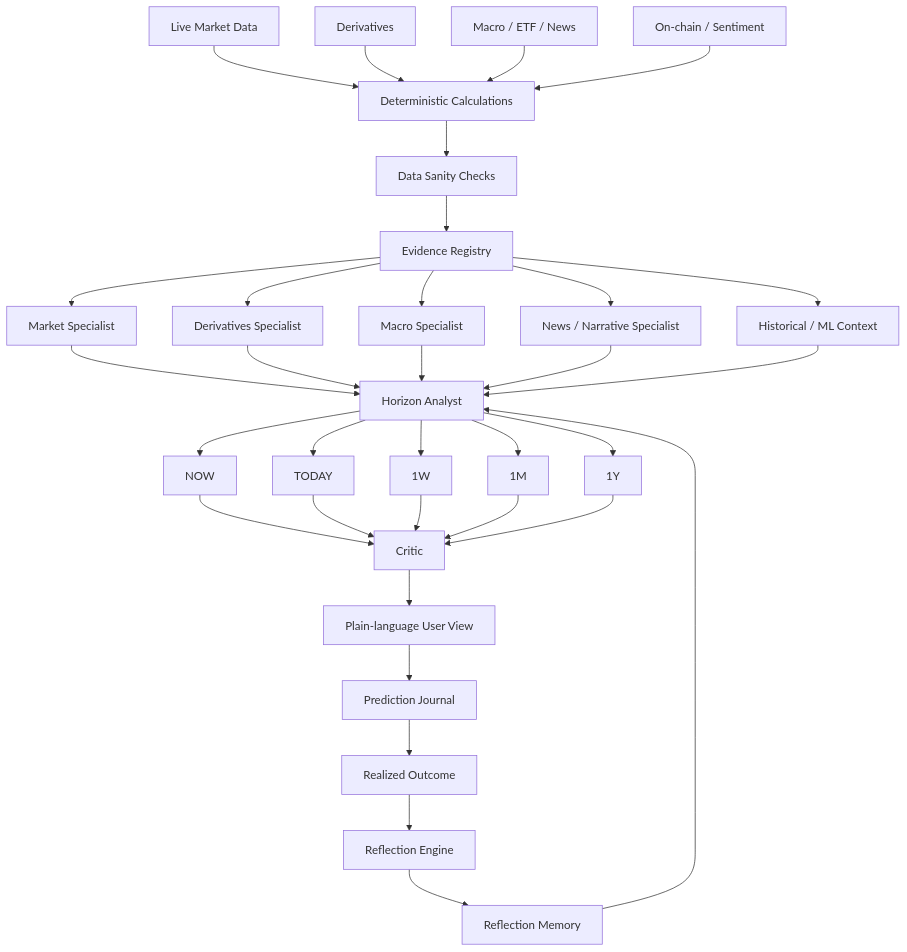
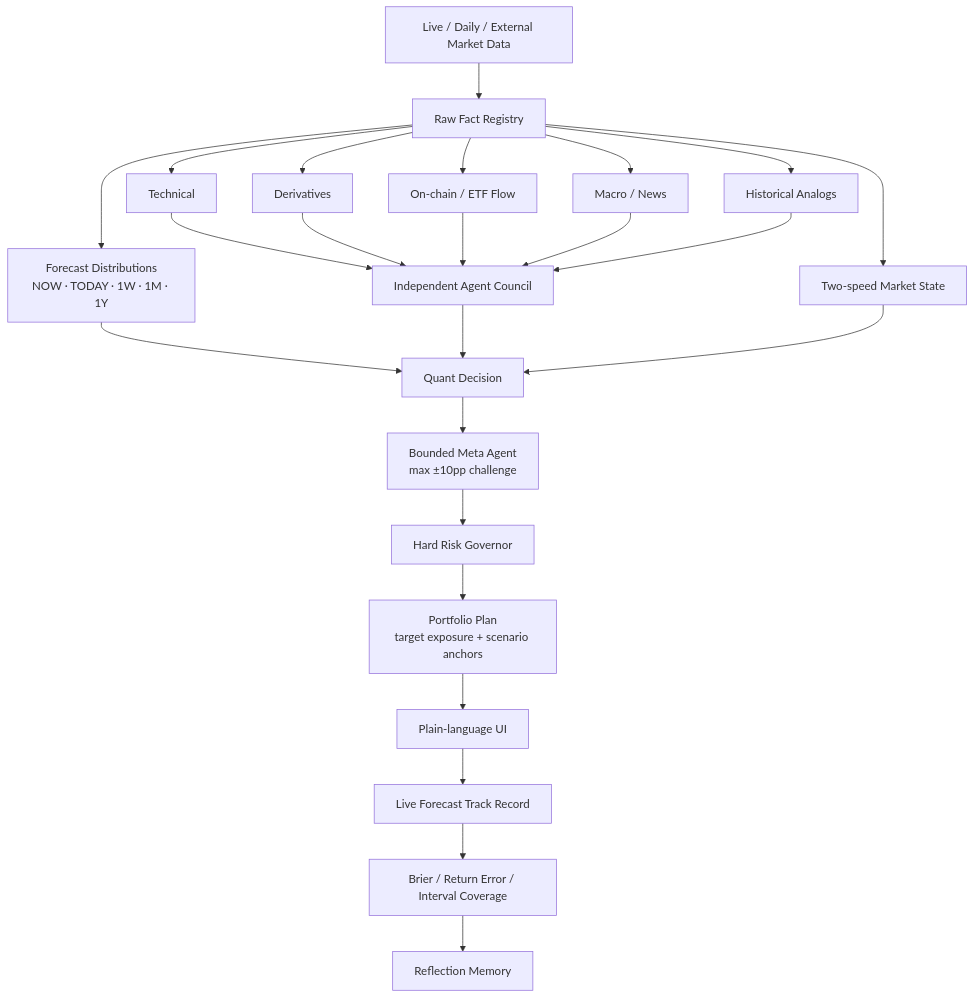
One commit to LeeJaeHoon1234/btc-agent changed the diagram in README.md. Above: the diagram before and after it, drawn with Mermaid. The commit also changed other lines of this file and 18 other files, not shown here.

````diff
--- a/README.md
+++ b/README.md
@@ -77,41 +77,28 @@
 ```mermaid
 flowchart TD
-    A[Live Market Data] --> B[Deterministic Calculations]
-    A2[Derivatives] --> B
-    A3[Macro / ETF / News] --> B
-    A4[On-chain / Sentiment] --> B
+    A[Live / Daily / External Market Data] --> F[Raw Fact Registry]
+    F --> P[Forecast Distributions\nNOW · TODAY · 1W · 1M · 1Y]
+    F --> R[Two-speed Market State]
 
-    B --> C[Data Sanity Checks]
-    C --> D[Evidence Registry]
+    F --> C1[Technical]
+    F --> C2[Derivatives]
+    F --> C3[On-chain / ETF Flow]
+    F --> C4[Macro / News]
+    F --> C5[Historical Analogs]
+    C1 --> C[Independent Agent Council]
+    C2 --> C
+    C3 --> C
+    C4 --> C
+    C5 --> C
 
-    D --> E1[Market Specialist]
-    D --> E2[Derivatives Specialist]
-    D --> E3[Macro Specialist]
-    D --> E4[News / Narrative Specialist]
-    D --> E5[Historical / ML Context]
-
-    M[Reflection Memory] --> H[Horizon Analyst]
-    E1 --> H
-    E2 --> H
-    E3 --> H
-    E4 --> H
-    E5 --> H
-
-    H --> N[NOW]
-    H --> T[TODAY]
-    H --> W[1W]
-    H --> MO[1M]
-    H --> Y[1Y]
-
-    N --> C2[Critic]
-    T --> C2
-    W --> C2
-    MO --> C2
-    Y --> C2
-
-    C2 --> U[Plain-language User View]
-    U --> J[Prediction Journal]
-    J --> O[Realized Outcome]
-    O --> R[Reflection Engine]
-    R --> M
+    P --> Q[Quant Decision]
+    C --> Q
+    R --> Q
+    Q --> M[Bounded Meta Agent\nmax ±10pp challenge]
+    M --> G[Hard Risk Governor]
+    G --> O[Portfolio Plan\ntarget exposure + scenario anchors]
+    O --> U[Plain-language UI]
+    U --> J[Live Forecast Track Record]
+    J --> E[Brier / Return Error / Interval Coverage]
+    E --> X[Reflection Memory]
 ```
````
